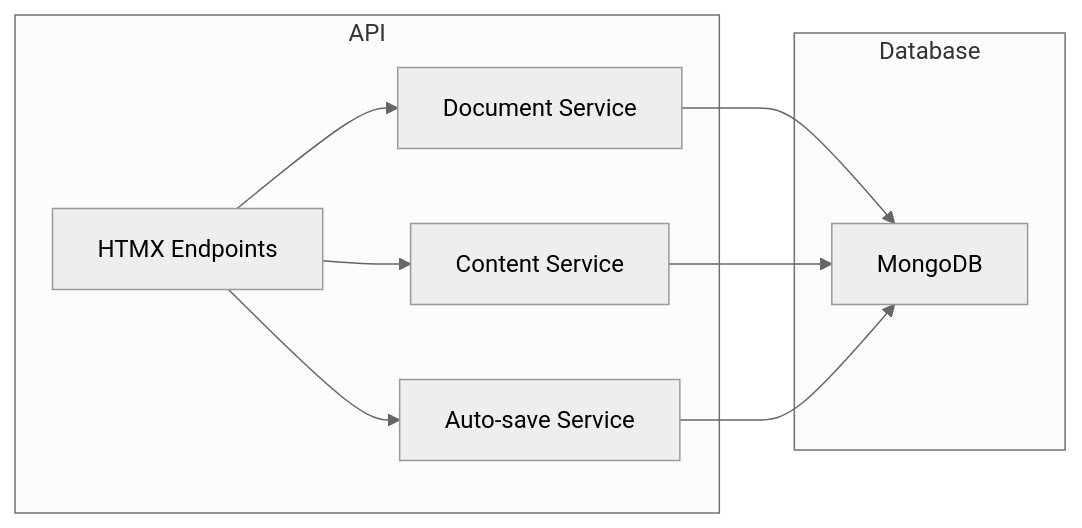
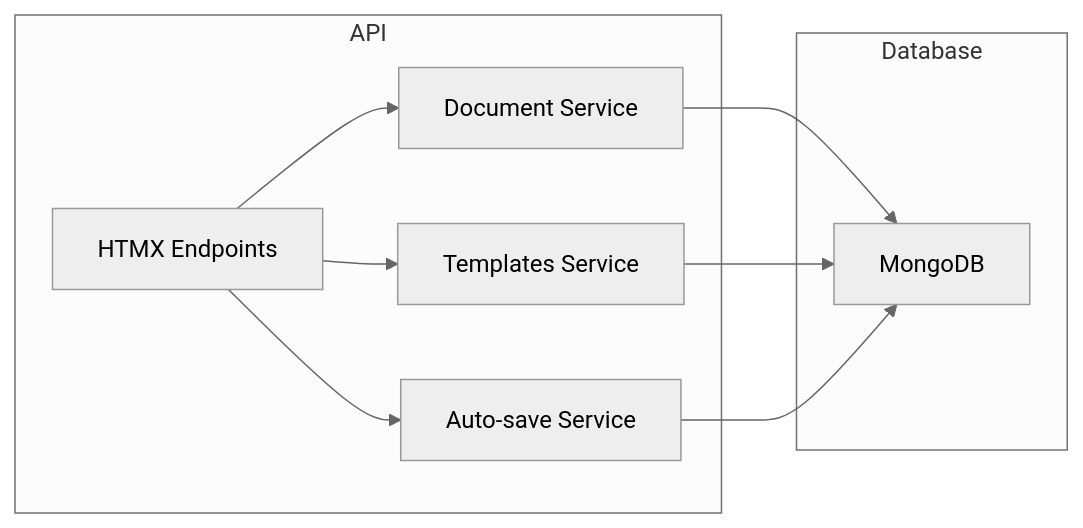
Before and after one commit to nik-x625/test2: the eighth of 8 diagrams in README.md, drawn with Mermaid (neutral theme). The commit also changed other lines of this file and 2 other files, not shown here.

````diff
--- a/README.md
+++ b/README.md
@@ -180,14 +179,14 @@
 ```mermaid
 graph LR
     subgraph API
         A[HTMX Endpoints] --> B[Document Service]
-        A --> C[Content Service]
+        A --> C[Templates Service]
         A --> D[Auto-save Service]
     end
 
     subgraph Database
         B --> E[MongoDB]
         C --> E
         D --> E
     end
 ```
````
